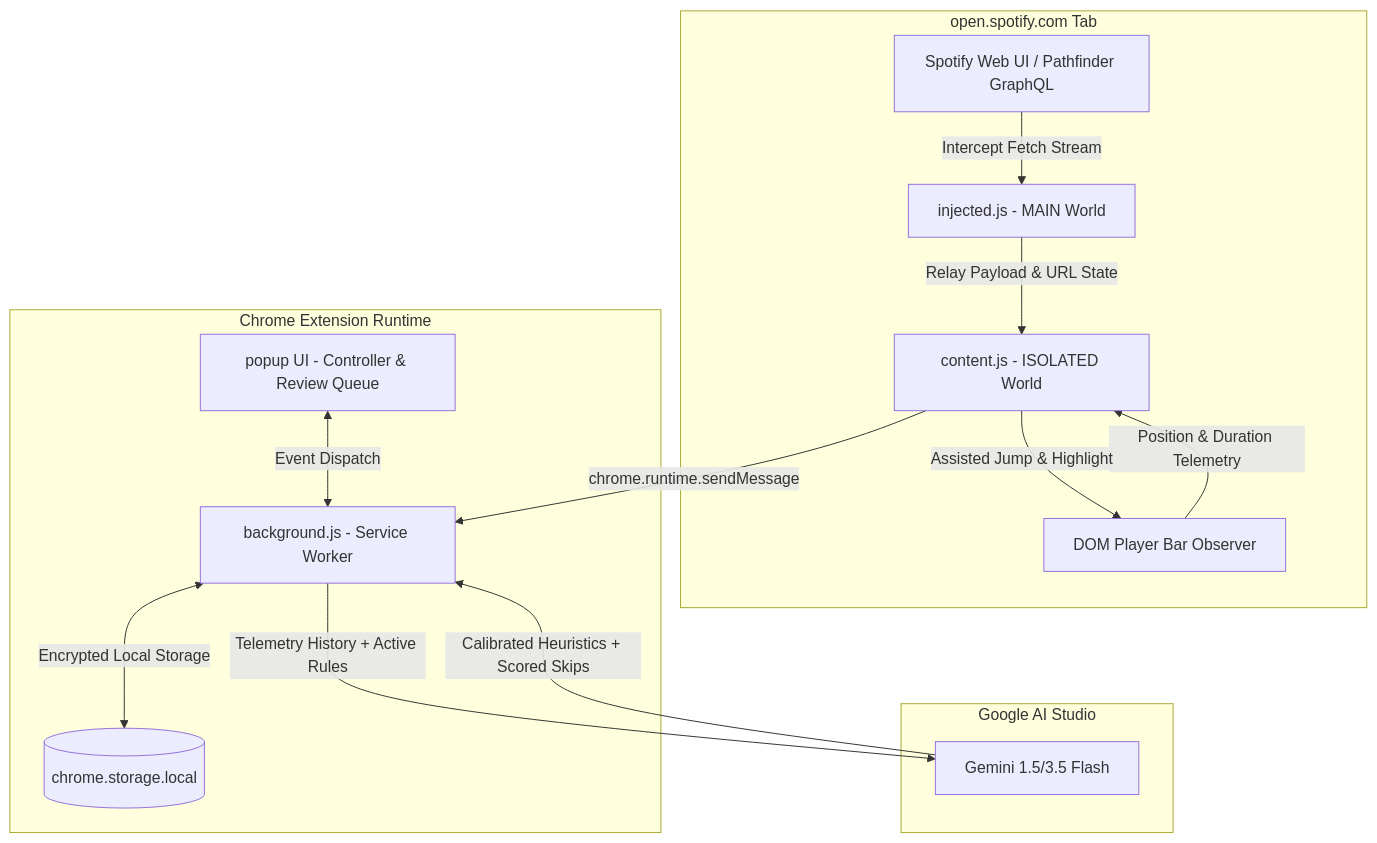
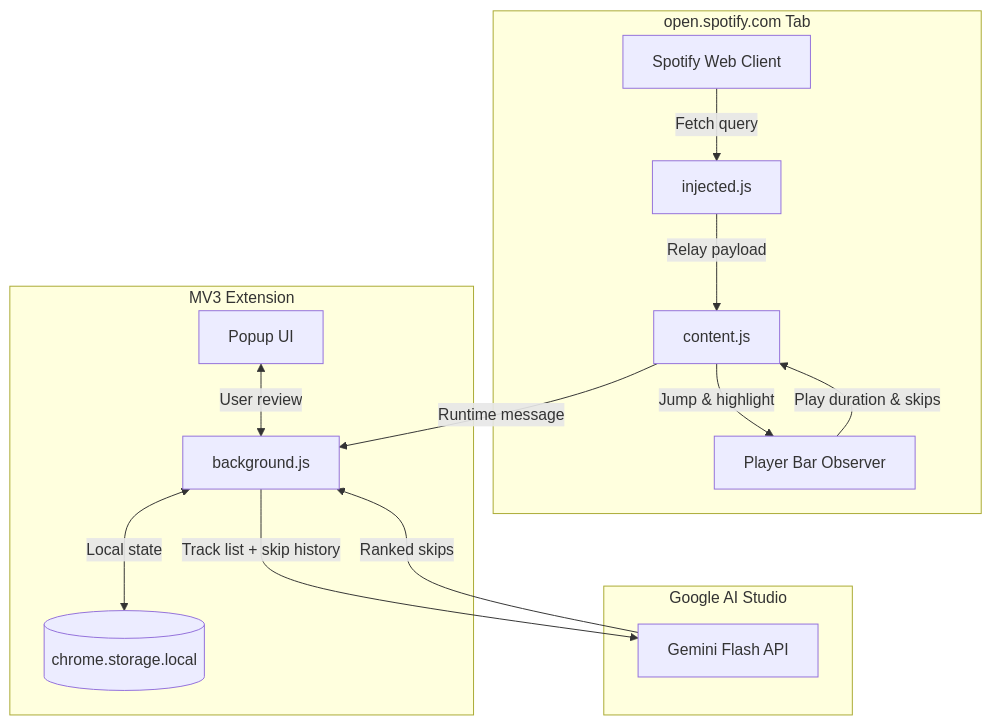
One commit to mnarla/culler-v2 changed the diagram in README.md. Above: the diagram before and after it, drawn with Mermaid. The commit also changed other lines of this file, not shown here.

Commit message:
docs: rewrite README with cleaner prose, concise workflow, and Gemini 3.5 Flash specs

````diff
--- a/README.md
+++ b/README.md
@@ -27,20 +19,20 @@
 ```mermaid
 flowchart TD
-    subgraph SpotifyPage [open.spotify.com Tab]
-        A[Spotify Web UI / Pathfinder GraphQL] -->|Intercept Fetch Stream| B[injected.js - MAIN World]
-        B -->|Relay Payload & URL State| C[content.js - ISOLATED World]
-        D[DOM Player Bar Observer] -->|Position & Duration Telemetry| C
-        C -->|Assisted Jump & Highlight| D
+    subgraph SpotifyTab [open.spotify.com Tab]
+        A[Spotify Web Client] -->|Fetch query| B[injected.js]
+        B -->|Relay payload| C[content.js]
+        D[Player Bar Observer] -->|Play duration & skips| C
+        C -->|Jump & highlight| D
     end
 
-    subgraph MV3 [Chrome Extension Runtime]
-        C -->|chrome.runtime.sendMessage| E[background.js - Service Worker]
-        E <-->|Encrypted Local Storage| F[(chrome.storage.local)]
-        G[popup UI - Controller & Review Queue] <-->|Event Dispatch| E
+    subgraph ChromeExtension [MV3 Extension]
+        C -->|Runtime message| E[background.js]
+        E <-->|Local state| F[(chrome.storage.local)]
+        G[Popup UI] <-->|User review| E
     end
 
-    subgraph AI [Google AI Studio]
-        E -->|Telemetry History + Active Rules| H[Gemini 1.5/3.5 Flash]
-        H -->|Calibrated Heuristics + Scored Skips| E
+    subgraph LLM [Google AI Studio]
+        E -->|Track list + skip history| H[Gemini Flash API]
+        H -->|Ranked skips| E
     end
 ```
````
